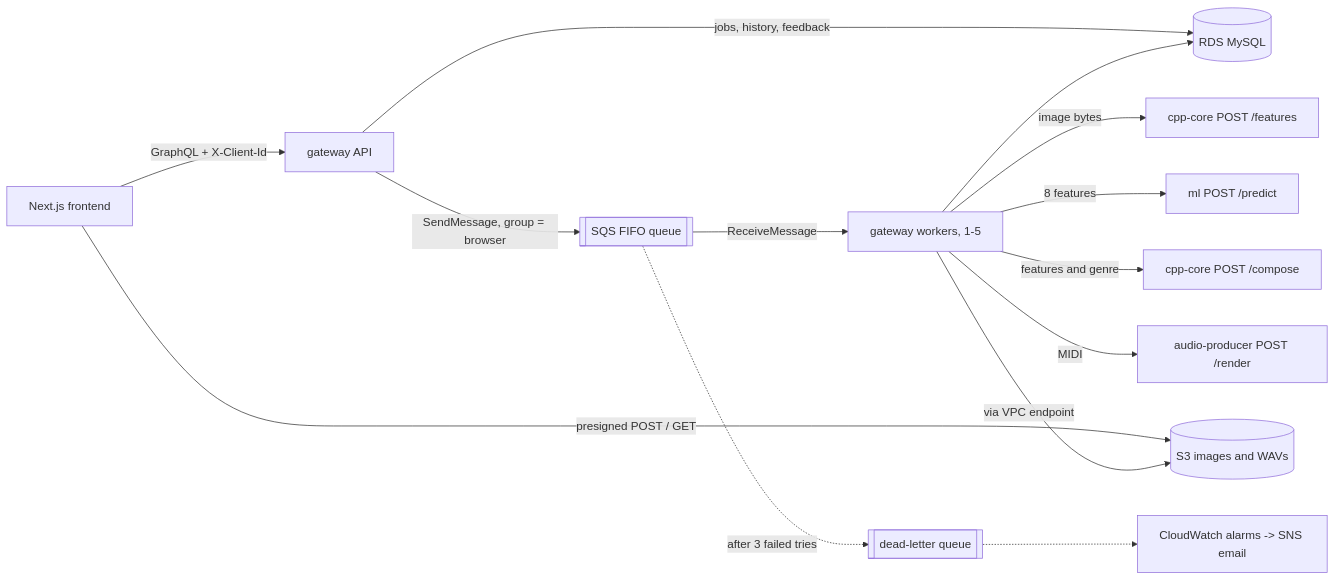
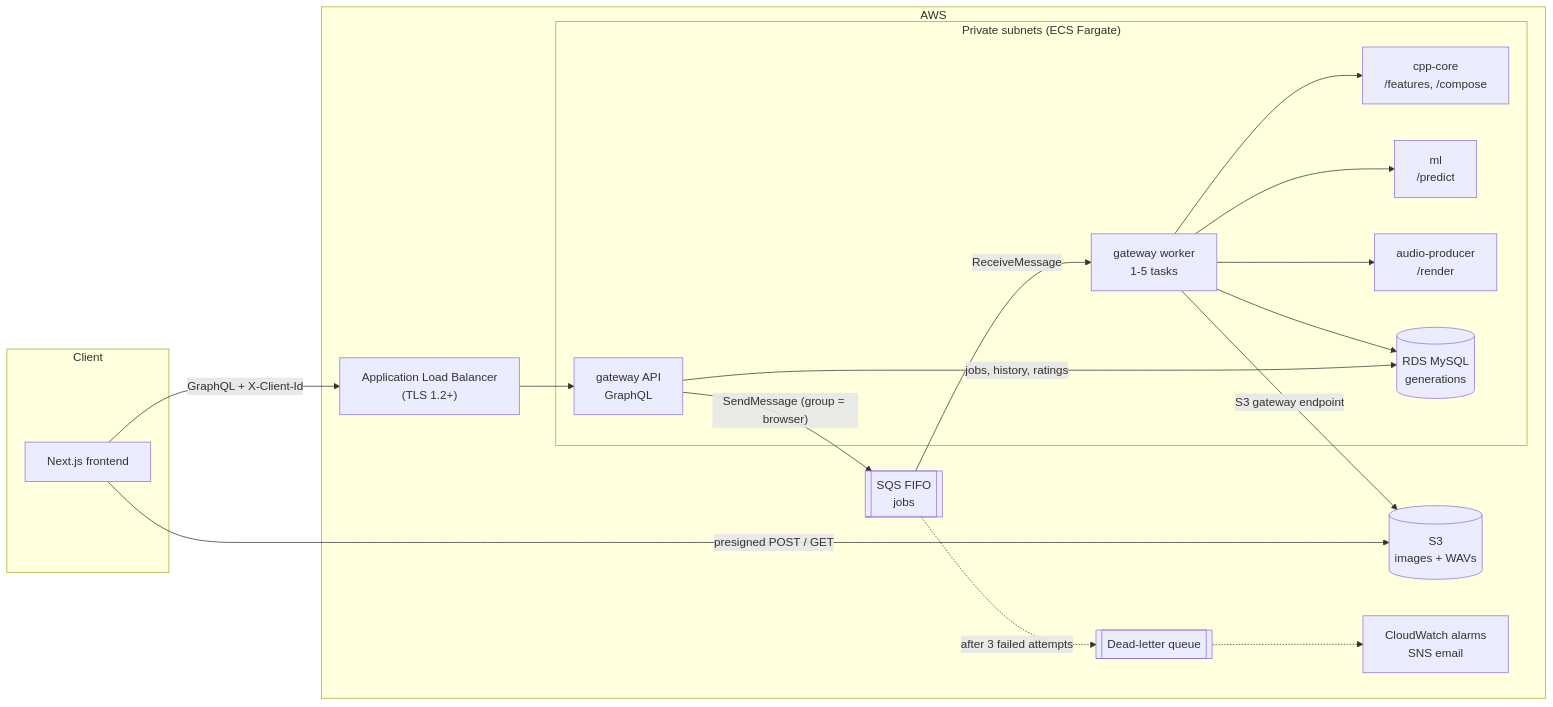
The diagram in README.md (DakshK26/SoundCanvas), drawn with Mermaid before and after one commit. The commit also changed other lines of this file and 1 other file, not shown here.

Commit message:
README: system design write-up (requirements, API, data model, deep dives, scaling trade-offs, ML methodology)

````diff
--- a/README.md
+++ b/README.md
@@ -12,16 +44,35 @@
 ```mermaid
 flowchart LR
-  Browser[Next.js frontend] -->|GraphQL + X-Client-Id| Api[gateway API]
-  Browser -->|presigned POST / GET| S3[(S3 images and WAVs)]
-  Api -->|jobs, history, feedback| Rds[(RDS MySQL)]
-  Api -->|SendMessage, group = browser| Sqs[[SQS FIFO queue]]
-  Sqs -->|ReceiveMessage| Worker[gateway workers, 1-5]
-  Sqs -.->|after 3 failed tries| Dlq[[dead-letter queue]]
-  Dlq -.-> Alarms[CloudWatch alarms -> SNS email]
-  Worker -->|image bytes| CppFeatures["cpp-core POST /features"]
-  Worker -->|8 features| Ml["ml POST /predict"]
-  Worker -->|features and genre| CppCompose["cpp-core POST /compose"]
-  Worker -->|MIDI| Audio["audio-producer POST /render"]
-  Worker -->|via VPC endpoint| S3
-  Worker --> Rds
+  subgraph Client
+    Browser["Next.js frontend"]
+  end
+
+  subgraph AWS
+    ALB["Application Load Balancer<br/>(TLS 1.2+)"]
+    S3[("S3<br/>images + WAVs")]
+    SQS[["SQS FIFO<br/>jobs"]]
+    DLQ[["Dead-letter queue"]]
+    Alarms["CloudWatch alarms<br/>SNS email"]
+
+    subgraph Private["Private subnets (ECS Fargate)"]
+      API["gateway API<br/>GraphQL"]
+      Worker["gateway worker<br/>1-5 tasks"]
+      Cpp["cpp-core<br/>/features, /compose"]
+      ML["ml<br/>/predict"]
+      Audio["audio-producer<br/>/render"]
+      RDS[("RDS MySQL<br/>generations")]
+    end
+  end
+
+  Browser -- "GraphQL + X-Client-Id" --> ALB --> API
+  Browser -- "presigned POST / GET" --> S3
+  API -- "jobs, history, ratings" --> RDS
+  API -- "SendMessage (group = browser)" --> SQS
+  SQS -- "ReceiveMessage" --> Worker
+  SQS -. "after 3 failed attempts" .-> DLQ -.-> Alarms
+  Worker --> Cpp
+  Worker --> ML
+  Worker --> Audio
+  Worker -- "S3 gateway endpoint" --> S3
+  Worker --> RDS
 ```
````
